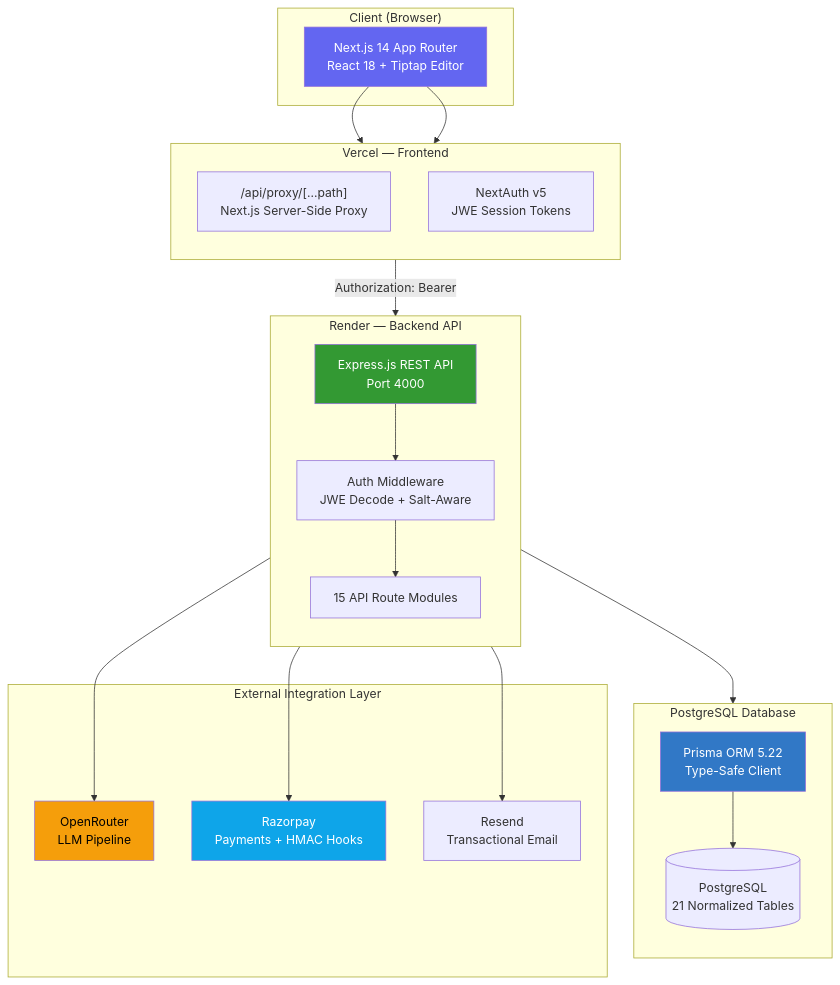
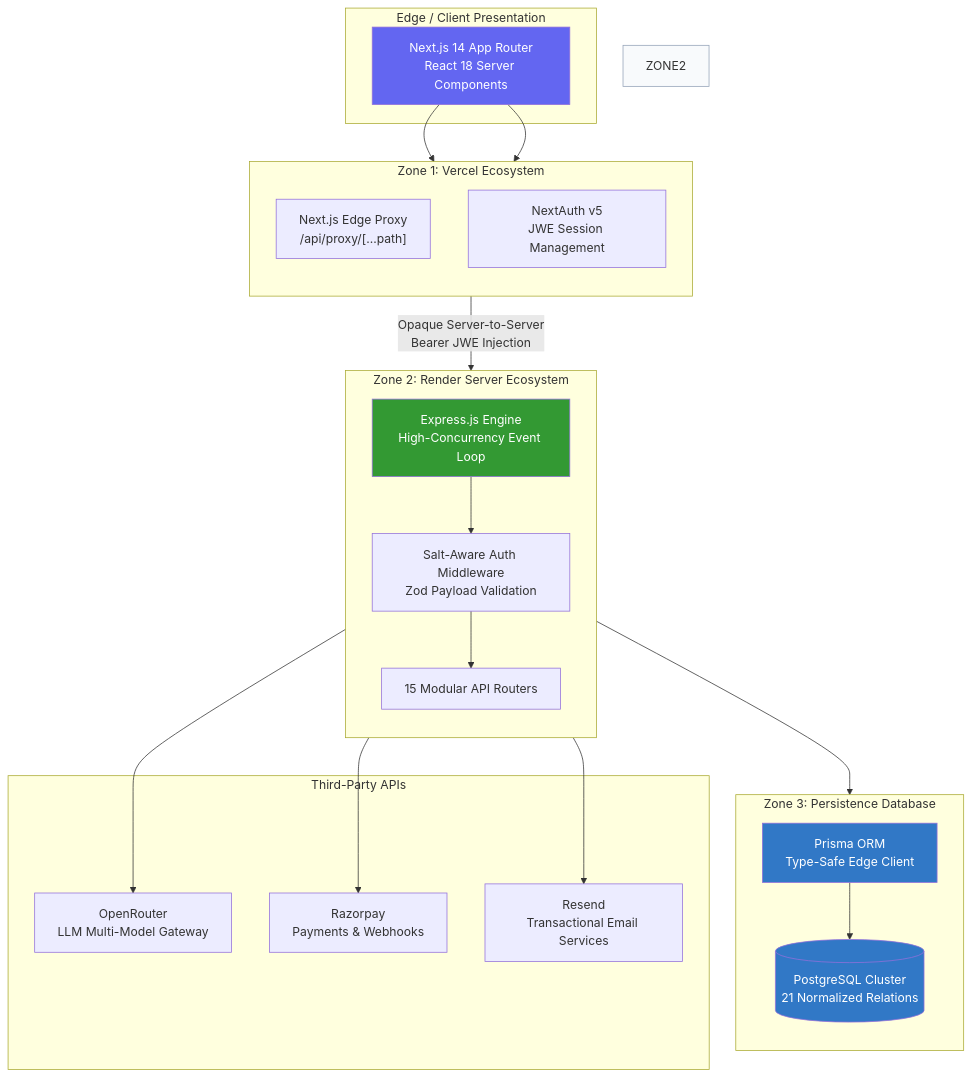
One commit to shiteshkhaw/WordSage changed the first of 2 diagrams in README.md. Above: the diagram before and after it, drawn with Mermaid. The commit also changed other lines of this file, not shown here.

````diff
--- a/README.md
+++ b/README.md
@@ -51,37 +52,37 @@
 ```mermaid
 graph TB
-    subgraph "Client (Browser)"
-        UI[Next.js 14 App Router<br/>React 18 + Tiptap Editor]
+    subgraph "Edge / Client Presentation"
+        UI[Next.js 14 App Router<br/>React 18 Server Components]
     end
 
-    subgraph "Vercel — Frontend"
+    subgraph "Zone 1: Vercel Ecosystem"
         direction TB
-        UI --> PROXY["/api/proxy/[...path]\nNext.js Server-Side Proxy"]
-        UI --> AUTH_ROUTE[NextAuth v5\nJWE Session Tokens]
+        UI --> PROXY["Next.js Edge Proxy<br/>/api/proxy/[...path]"]
+        UI --> AUTH[NextAuth v5<br/>JWE Session Management]
     end
 
-    subgraph "Render — Backend API"
+    subgraph "Zone 2: Render Server Ecosystem"
         direction TB
-        PROXY -->|"Authorization: Bearer <JWE>"| EXPRESS[Express.js REST API\nPort 4000]
-        EXPRESS --> MIDDLEWARE[Auth Middleware\nJWE Decode + Salt-Aware]
-        MIDDLEWARE --> ROUTES[15 API Route Modules]
+        PROXY -->|"Opaque Server-to-Server<br/>Bearer JWE Injection"| EXPRESS[Express.js Engine<br/>High-Concurrency Event Loop]
+        EXPRESS --> MIDDLE[Salt-Aware Auth Middleware<br/>Zod Payload Validation]
+        MIDDLE --> ROUTERS[15 Modular API Routers]
     end
 
-    subgraph "PostgreSQL Database"
+    subgraph "Zone 3: Persistence Database"
         direction TB
-        ROUTES --> PRISMA[Prisma ORM 5.22\nType-Safe Client]
-        PRISMA --> DB[(PostgreSQL\n21 Normalized Tables)]
+        ROUTERS --> PRISMA[Prisma ORM<br/>Type-Safe Edge Client]
+        PRISMA --> DB[(PostgreSQL Cluster<br/>21 Normalized Relations)]
     end
 
-    subgraph "External Integration Layer"
-        ROUTES --> OPENROUTER[OpenRouter\nLLM Pipeline]
-        ROUTES --> RAZORPAY[Razorpay\nPayments + HMAC Hooks]
-        ROUTES --> RESEND[Resend\nTransactional Email]
+    subgraph "Third-Party APIs"
+        ROUTERS --> OPENROUTER[OpenRouter<br/>LLM Multi-Model Gateway]
+        ROUTERS --> RAZORPAY[Razorpay<br/>Payments & Webhooks]
+        ROUTERS --> RESEND[Resend<br/>Transactional Email Services]
     end
 
     style UI fill:#6366f1,color:#fff
     style EXPRESS fill:#339933,color:#fff
     style PRISMA fill:#3178C6,color:#fff
-    style OPENROUTER fill:#f59e0b,color:#000
-    style RAZORPAY fill:#0ea5e9,color:#fff
+    style DB fill:#3178c6,color:#fff
+    style ZONE2 fill:#f8fafc,stroke:#94a3b8
 ```
````
